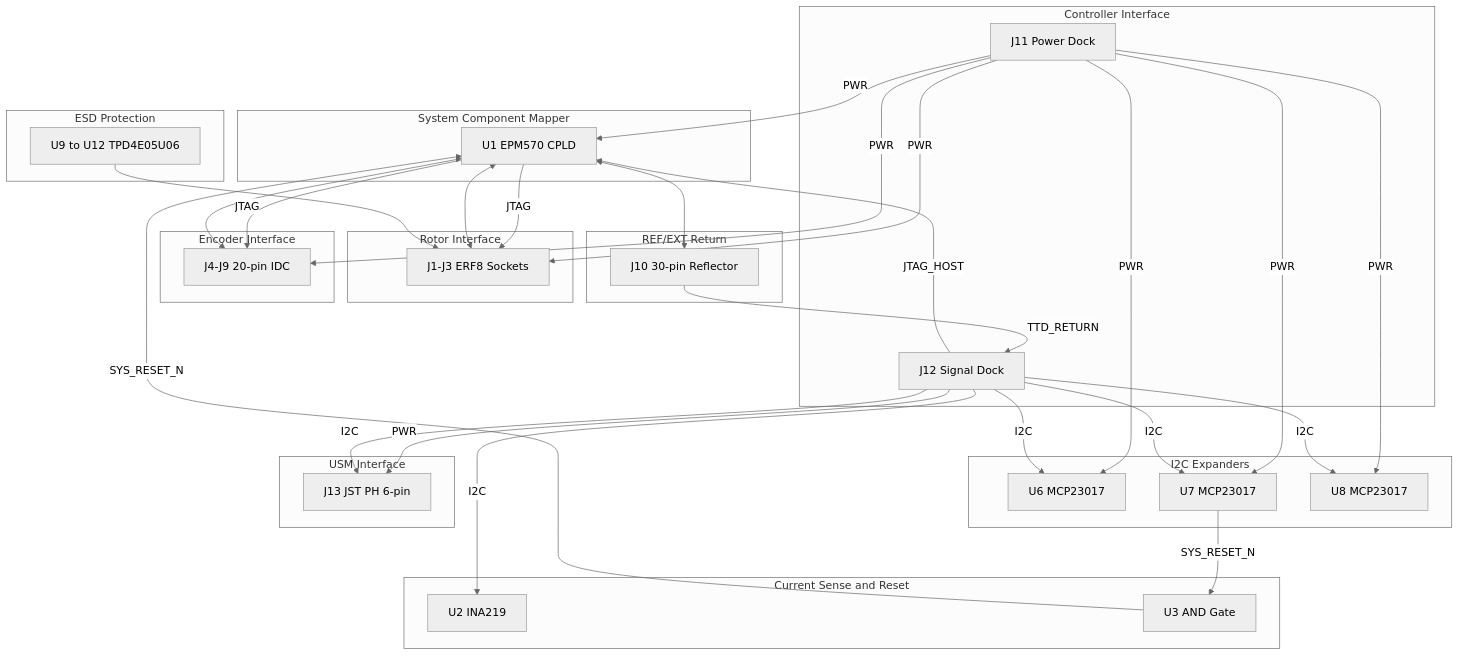
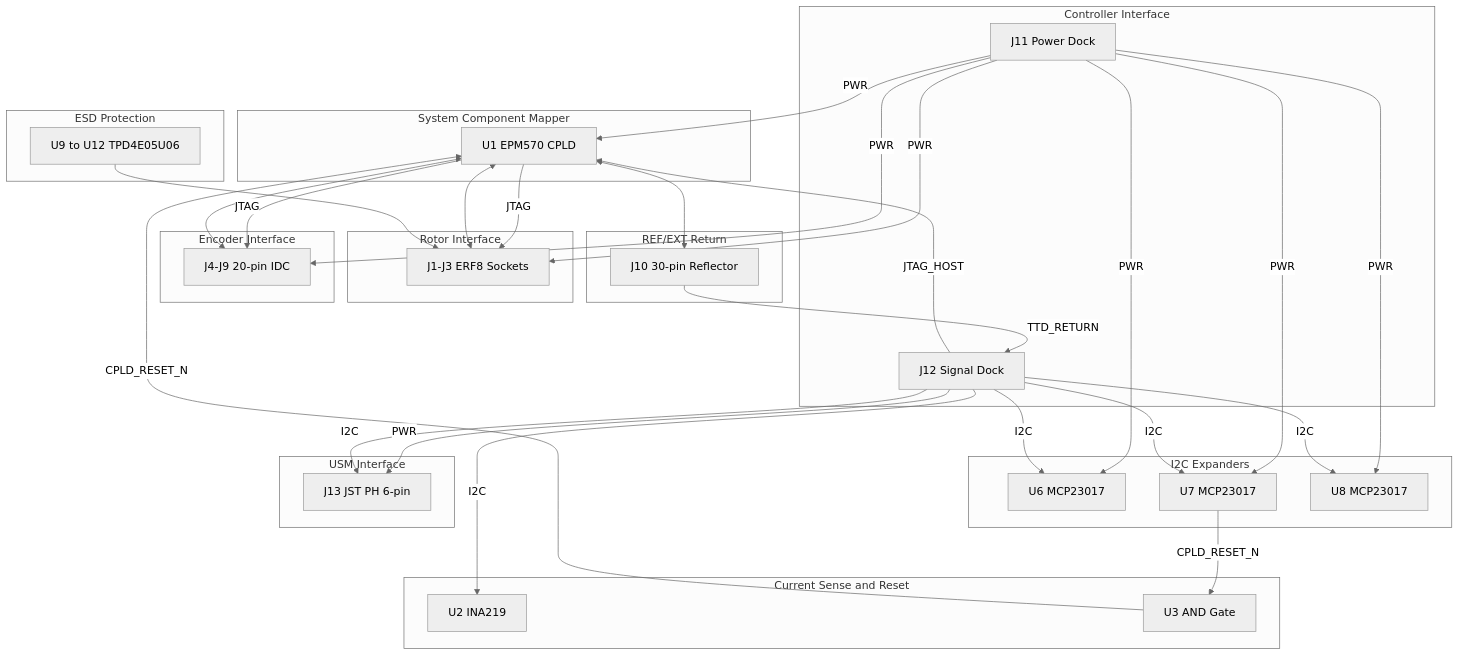
Before and after one commit to thepinkmile/Enigma-2026-AI: the diagram in design/Electronics/Stator/Design_Spec.md, drawn with Mermaid (neutral theme). The commit also changed other lines of this file and 32 other files, not shown here.

First line of the commit message:
Pass 10 triage: fixes, CPLD_RESET_N rename, datasheet purity cleanup

````diff
--- a/design/Electronics/Stator/Design_Spec.md
+++ b/design/Electronics/Stator/Design_Spec.md
@@ -62,78 +62,78 @@
 ```mermaid
 flowchart TD
   subgraph ctrl["Controller Interface"]
     J11["J11 Power Dock"]
     J12["J12 Signal Dock"]
   end
 
   subgraph encEng["System Component Mapper"]
     U1["U1 EPM570 CPLD"]
   end
 
   subgraph rstSense["Current Sense and Reset"]
     U2["U2 INA219"]
     U3["U3 AND Gate"]
   end
 
   subgraph i2cExp["I2C Expanders"]
     U6["U6 MCP23017"]
     U7["U7 MCP23017"]
     U8["U8 MCP23017"]
   end
 
   subgraph esdProt["ESD Protection"]
     U9U12["U9 to U12 TPD4E05U06"]
   end
 
   subgraph usmIface["USM Interface"]
     J13["J13 JST PH 6-pin"]
   end
 
   subgraph rotorIface["Rotor Interface"]
     J1J3["J1-J3 ERF8 Sockets"]
   end
 
   subgraph encIface["Encoder Interface"]
     J4J9["J4-J9 20-pin IDC"]
   end
 
   subgraph refExtRet["REF/EXT Return"]
     J10["J10 30-pin Reflector"]
   end
 
   %% Power rails (5V_MAIN and 3V3_ENIG from Controller dock)
   J11 -- "PWR" --> U1
   J11 -- "PWR" --> U6
   J11 -- "PWR" --> U7
   J11 -- "PWR" --> U8
   J11 -- "PWR" --> J1J3
   J11 -- "PWR" --> J4J9
   J12 -- "PWR" --> J13
 
   %% I2C bus (CM5 I2C-1 via J12)
   J12 -- "I2C" --> U2
   J12 -- "I2C" --> U6
   J12 -- "I2C" --> U7
   J12 -- "I2C" --> U8
   J12 -- "I2C" --> J13
 
   %% JTAG chain (J12 hosts; U1 is device 1; chain continues to rotors and encoders)
   J12 -- "JTAG_HOST" --> U1
   U1 -- "JTAG" --> J1J3
   U1 -- "JTAG" --> J4J9
 
   %% ENC cipher path (bidirectional through U1 CPLD)
   U1 <--> J1J3
   U1 <--> J4J9
   U1 <--> J10
 
-  %% SYS_RESET_N: driven by U7 (MCP23017 GPA[7]); distributed outward and into AND gate
-  U7 -- "SYS_RESET_N" --> U3
-  U3 -- "SYS_RESET_N" --> U1
+  %% CPLD_RESET_N: driven by U7 (MCP23017 GPA[7]); distributed outward and into AND gate
+  U7 -- "CPLD_RESET_N" --> U3
+  U3 -- "CPLD_RESET_N" --> U1
 
   %% TTD_RETURN: JTAG TDO return from REF/EXT chain back to Controller dock
   J10 -- "TTD_RETURN" --> J12
 
   %% ESD protection on rotor-facing connectors
   U9U12 --> J1J3
 ```
````
